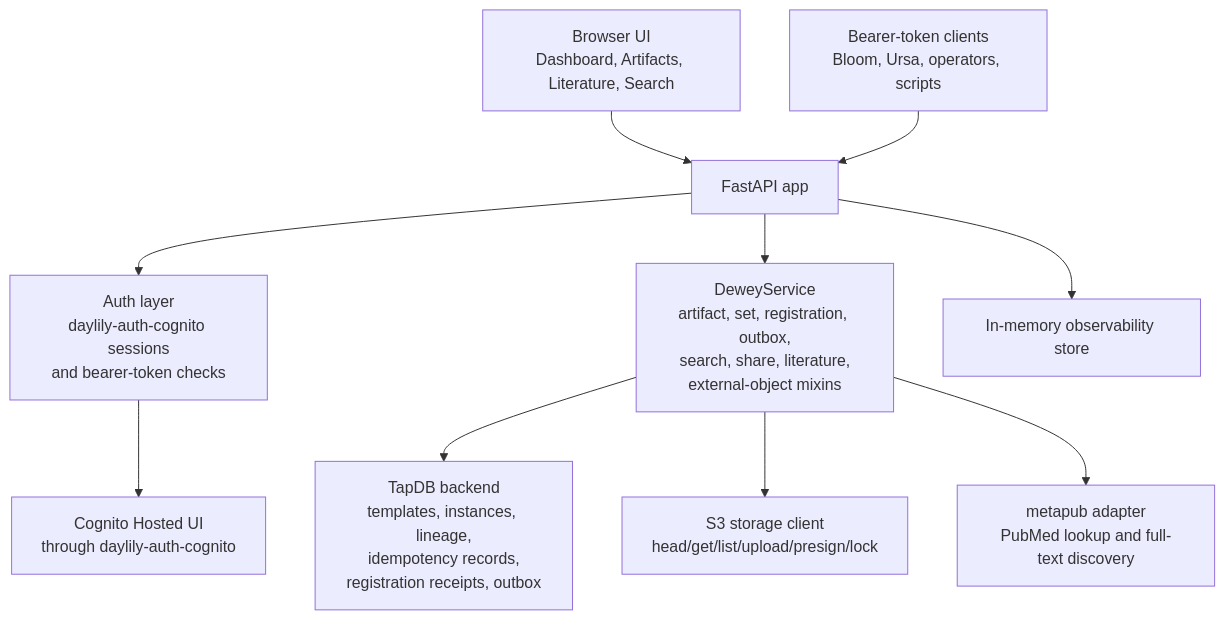
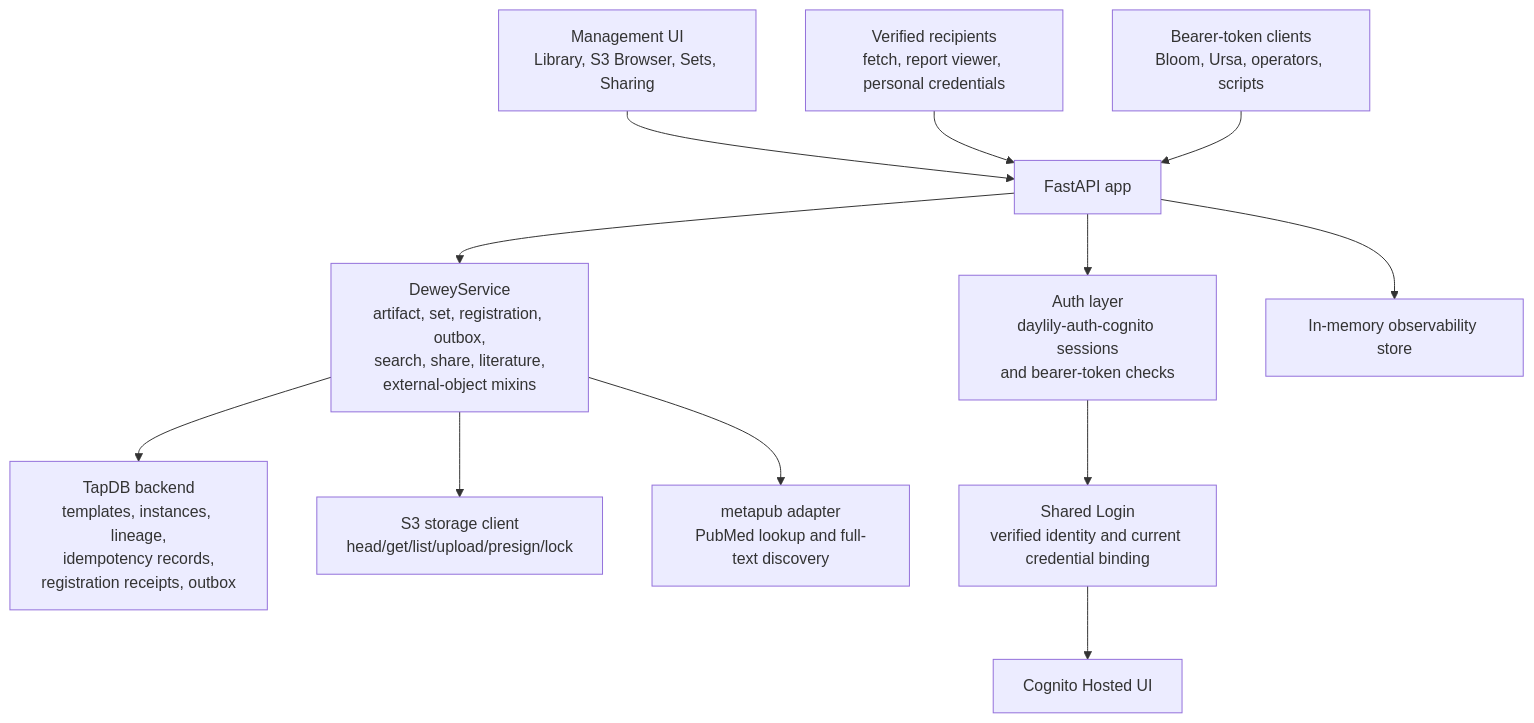
Before and after one commit to Daylily-Informatics/dewey: the diagram in docs/architecture.md, drawn with Mermaid. The commit also changed other lines of this file and 14 other files, not shown here.

````diff
--- a/docs/architecture.md
+++ b/docs/architecture.md
@@ -103,27 +98,30 @@
 ```mermaid
 flowchart TB
-    Browser["Browser UI
-Dashboard, Artifacts, Literature, Search"] --> FastAPI["FastAPI app"]
+    Browser["Management UI
+Library, S3 Browser, Sets, Sharing"] --> FastAPI["FastAPI app"]
+    Recipient["Verified recipients
+fetch, report viewer, personal credentials"] --> FastAPI
     ServiceCaller["Bearer-token clients
 Bloom, Ursa, operators, scripts"] --> FastAPI
 
     FastAPI --> Auth["Auth layer
 daylily-auth-cognito sessions
 and bearer-token checks"]
     FastAPI --> Service["DeweyService
 artifact, set, registration, outbox,
 search, share, literature,
 external-object mixins"]
     FastAPI --> Obs["In-memory observability store"]
 
     Service --> TapDB["TapDB backend
 templates, instances, lineage,
 idempotency records,
 registration receipts, outbox"]
     Service --> S3["S3 storage client
 head/get/list/upload/presign/lock"]
     Service --> Metapub["metapub adapter
 PubMed lookup and full-text discovery"]
-    Auth --> Cognito["Cognito Hosted UI
-through daylily-auth-cognito"]
+    Auth --> Login["Shared Login
+verified identity and current credential binding"]
+    Login --> Cognito["Cognito Hosted UI"]
 ```
````
